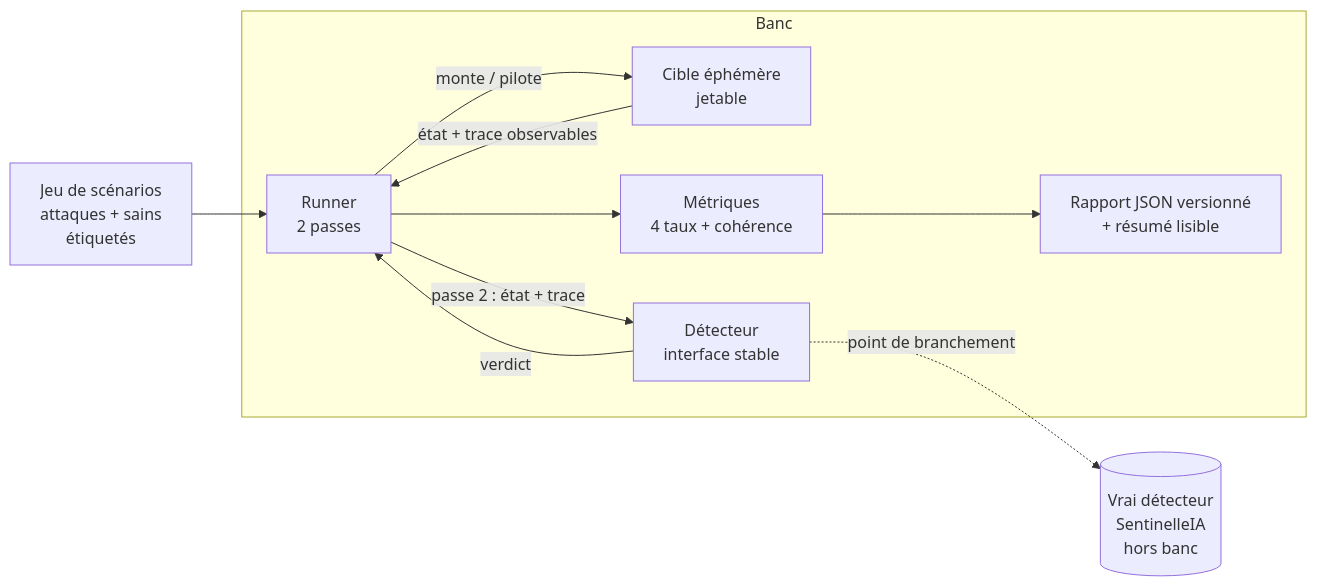
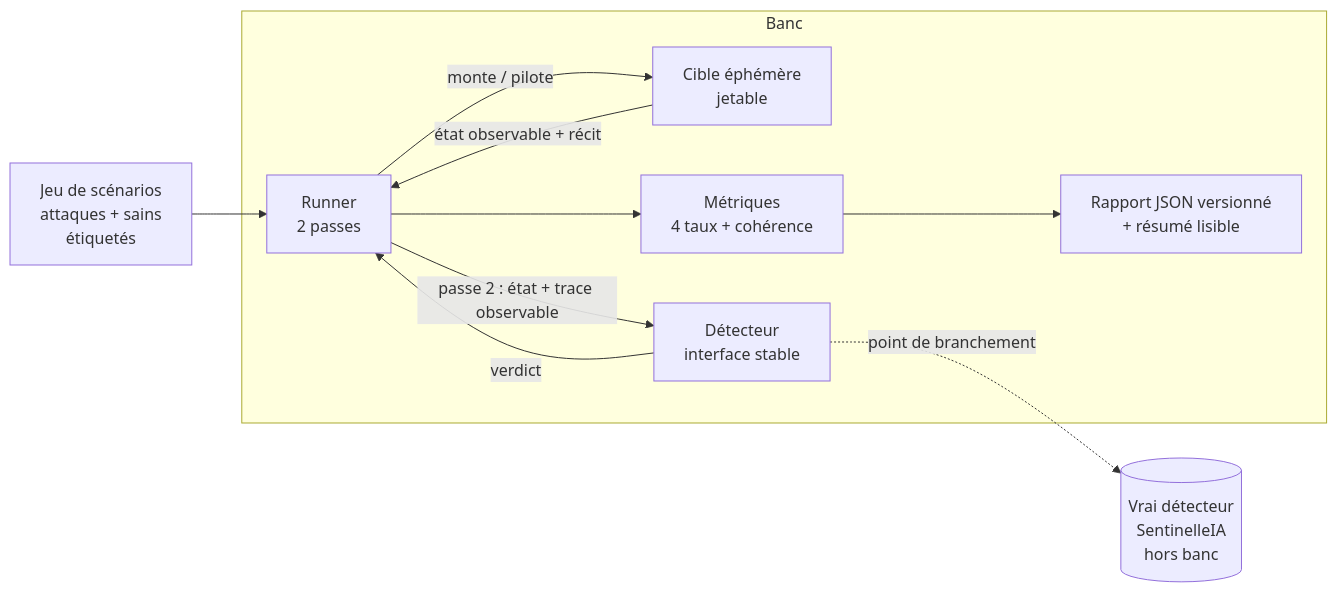
One commit to apex-numeris/sourdine changed the first of 2 diagrams in docs/02-architecture-fonctionnelle.md. Above: the diagram before and after it, drawn with Mermaid. The commit also changed other lines of this file and 13 other files, not shown here.

````diff
--- a/docs/02-architecture-fonctionnelle.md
+++ b/docs/02-architecture-fonctionnelle.md
@@ -9,13 +9,13 @@
 ```mermaid
 flowchart LR
     SC[Jeu de scénarios<br/>attaques + sains<br/>étiquetés] --> RUN
     subgraph Banc
       RUN[Runner<br/>2 passes] -->|monte / pilote| TGT[Cible éphémère<br/>jetable]
-      TGT -->|état + trace observables| RUN
-      RUN -->|passe 2 : état + trace| DET[Détecteur<br/>interface stable]
+      TGT -->|état observable + récit| RUN
+      RUN -->|passe 2 : état + trace observable| DET[Détecteur<br/>interface stable]
       DET -->|verdict| RUN
       RUN --> MET[Métriques<br/>4 taux + cohérence]
       MET --> REP[Rapport JSON versionné<br/>+ résumé lisible]
     end
     DET -. point de branchement .-> REAL[(Vrai détecteur<br/>SentinelleIA<br/>hors banc)]
 ```
````
